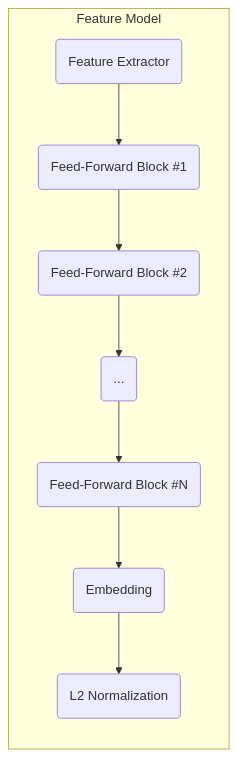
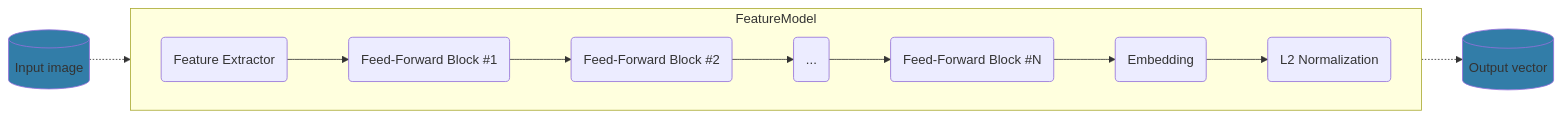
One commit to tonywu71/image-matching-triplet-loss changed the second of 3 diagrams in report/Image Matching - Report.md. Above: the diagram before and after it, drawn with Mermaid. The commit also changed other lines of this file and 5 other files, not shown here.

````diff
--- a/report/Image Matching - Report.md
+++ b/report/Image Matching - Report.md
@@ -314,6 +316,12 @@
 ```mermaid
 graph LR
-  subgraph Feature Model
+  subgraph FeatureModel
+  	direction LR
     A(Feature Extractor) --> B1(Feed-Forward Block #1) --> B2(Feed-Forward Block #2) --> B_others(...) -->BN(Feed-Forward Block #N) --> C(Embedding) --> D(L2 Normalization)
   end
+
+input[(Input image)] -.-> FeatureModel -.-> output[(Output vector)]
+
+classDef data fill:#327da8;
+class input,output data;
 ```
````
